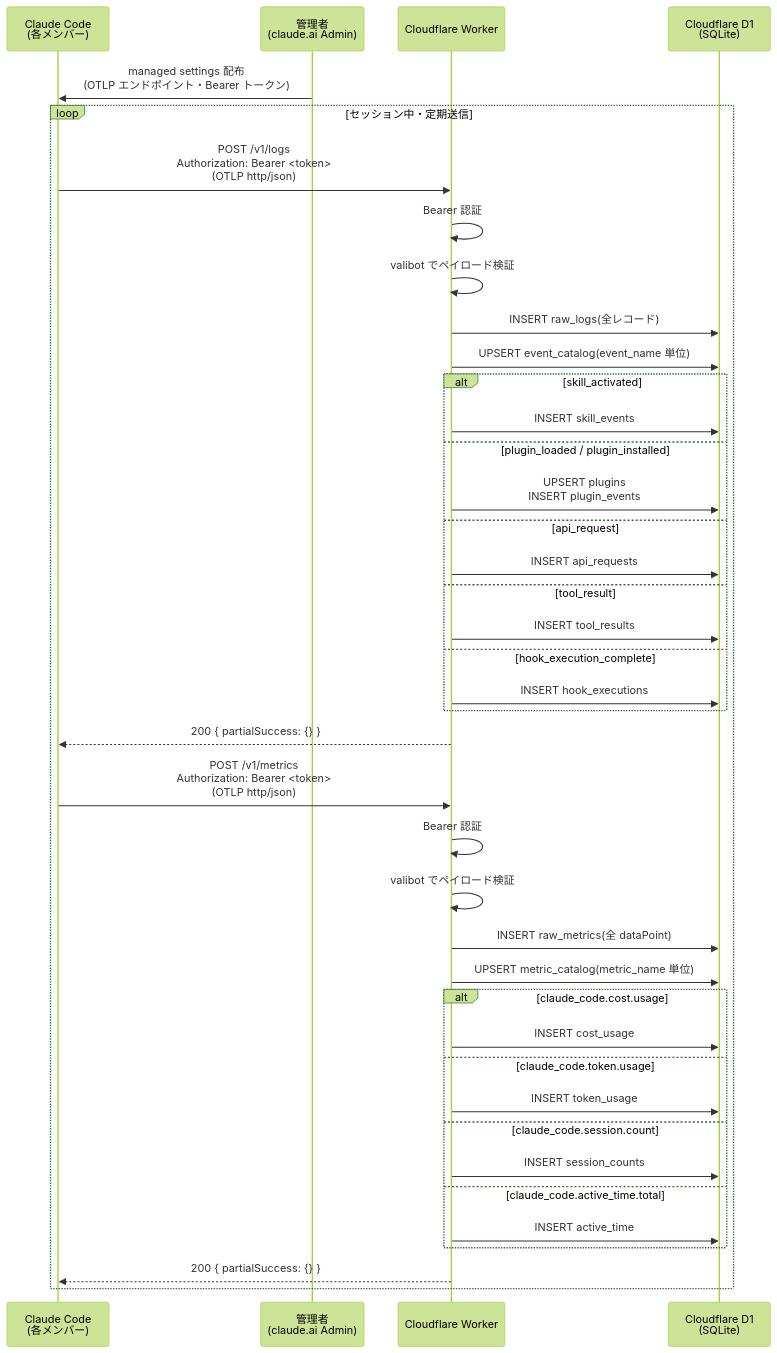
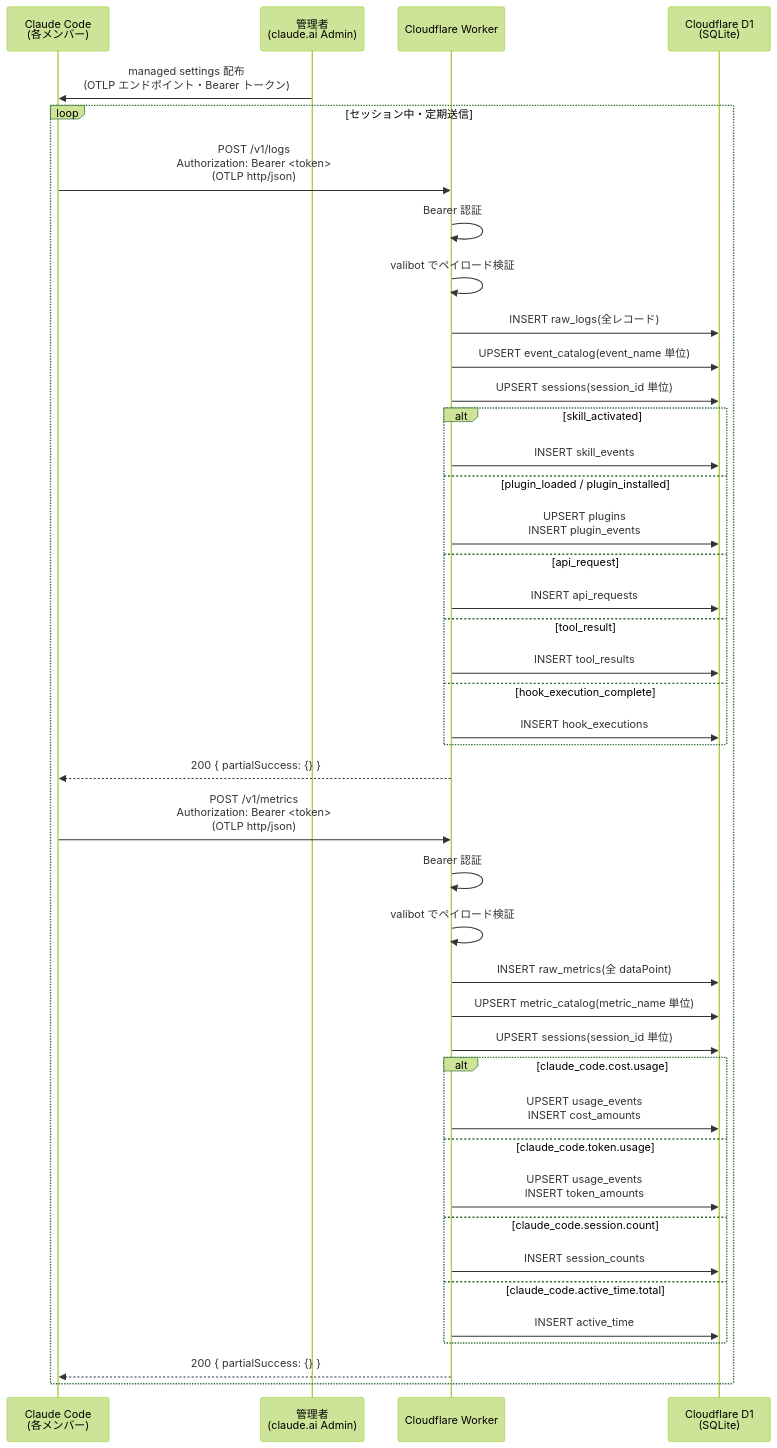
One commit to Suntory-N-Water/cc-monitor-worker changed the first of 2 diagrams in README.md. Above: the diagram before and after it, drawn with Mermaid (forest theme). The commit also changed other lines of this file and 9 other files, not shown here.

````diff
--- a/README.md
+++ b/README.md
@@ -36,45 +38,47 @@
 ```mermaid
 sequenceDiagram
     participant CC as Claude Code<br/>(各メンバー)
     participant Admin as 管理者<br/>(claude.ai Admin)
     participant W as Cloudflare Worker
     participant D1 as Cloudflare D1<br/>(SQLite)
 
     Admin->>CC: managed settings 配布<br/>(OTLP エンドポイント・Bearer トークン)
 
     loop セッション中・定期送信
         CC->>W: POST /v1/logs<br/>Authorization: Bearer <token><br/>(OTLP http/json)
         W->>W: Bearer 認証
         W->>W: valibot でペイロード検証
         W->>D1: INSERT raw_logs(全レコード)
         W->>D1: UPSERT event_catalog(event_name 単位)
+        W->>D1: UPSERT sessions(session_id 単位)
         alt skill_activated
             W->>D1: INSERT skill_events
         else plugin_loaded / plugin_installed
             W->>D1: UPSERT plugins<br/>INSERT plugin_events
         else api_request
             W->>D1: INSERT api_requests
         else tool_result
             W->>D1: INSERT tool_results
         else hook_execution_complete
             W->>D1: INSERT hook_executions
         end
         W-->>CC: 200 { partialSuccess: {} }
 
         CC->>W: POST /v1/metrics<br/>Authorization: Bearer <token><br/>(OTLP http/json)
         W->>W: Bearer 認証
         W->>W: valibot でペイロード検証
         W->>D1: INSERT raw_metrics(全 dataPoint)
         W->>D1: UPSERT metric_catalog(metric_name 単位)
+        W->>D1: UPSERT sessions(session_id 単位)
         alt claude_code.cost.usage
-            W->>D1: INSERT cost_usage
+            W->>D1: UPSERT usage_events<br/>INSERT cost_amounts
         else claude_code.token.usage
-            W->>D1: INSERT token_usage
+            W->>D1: UPSERT usage_events<br/>INSERT token_amounts
         else claude_code.session.count
             W->>D1: INSERT session_counts
         else claude_code.active_time.total
             W->>D1: INSERT active_time
         end
         W-->>CC: 200 { partialSuccess: {} }
     end
 ```
````
